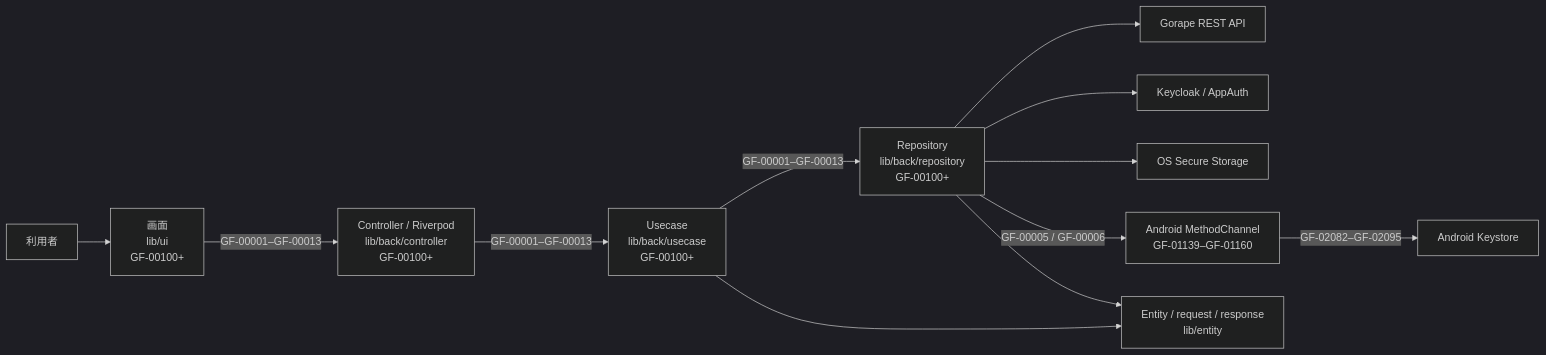
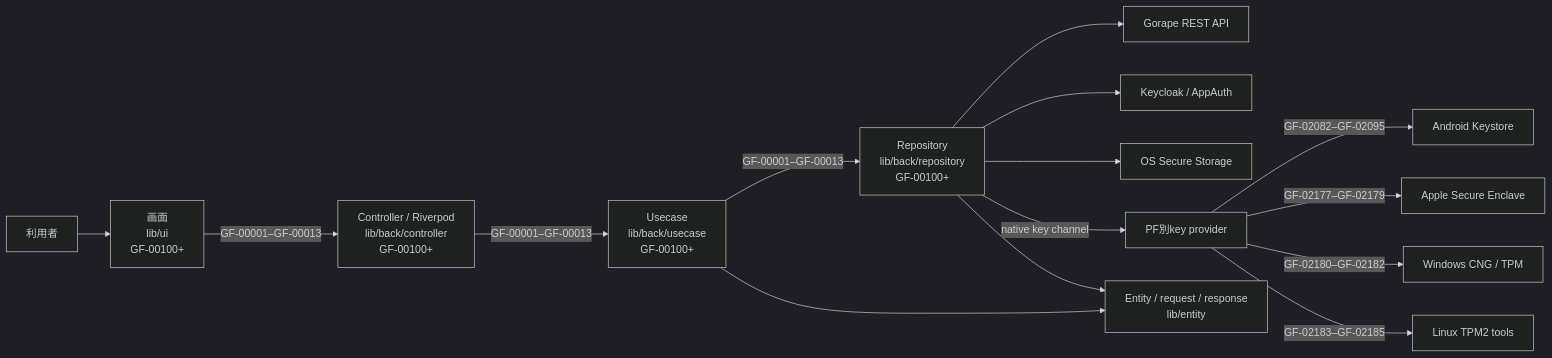
Before and after one commit to GorapeFlutter/gf-app: the first of 9 diagrams in docs/jp/ARCHITECTURE.md, drawn with Mermaid (dark theme). The commit also changed other lines of this file and 48 other files, not shown here.

Commit message:
feat: align WebAuthn assurance display, native key channels, and documentation IDs

````diff
--- a/docs/jp/ARCHITECTURE.md
+++ b/docs/jp/ARCHITECTURE.md
@@ -15,14 +15,17 @@
 ```mermaid
 flowchart LR
     User[利用者] --> UI[画面<br/>lib/ui<br/>GF-00100+]
     UI -->|GF-00001–GF-00013| Controller[Controller / Riverpod<br/>lib/back/controller<br/>GF-00100+]
     Controller -->|GF-00001–GF-00013| Usecase[Usecase<br/>lib/back/usecase<br/>GF-00100+]
     Usecase -->|GF-00001–GF-00013| Repository[Repository<br/>lib/back/repository<br/>GF-00100+]
     Repository --> API[Gorape REST API]
     Repository --> OIDC[Keycloak / AppAuth]
     Repository --> Secure[OS Secure Storage]
-    Repository -->|GF-00005 / GF-00006| Native[Android MethodChannel<br/>GF-01139–GF-01160]
+    Repository -->|native key channel| Native[PF別key provider]
     Native -->|GF-02082–GF-02095| Keystore[Android Keystore]
+    Native -->|GF-02177–GF-02179| Enclave[Apple Secure Enclave]
+    Native -->|GF-02180–GF-02182| CNG[Windows CNG / TPM]
+    Native -->|GF-02183–GF-02185| TPM[Linux TPM2 tools]
     Usecase --> Entity[Entity / request / response<br/>lib/entity]
     Repository --> Entity
 ```
````
